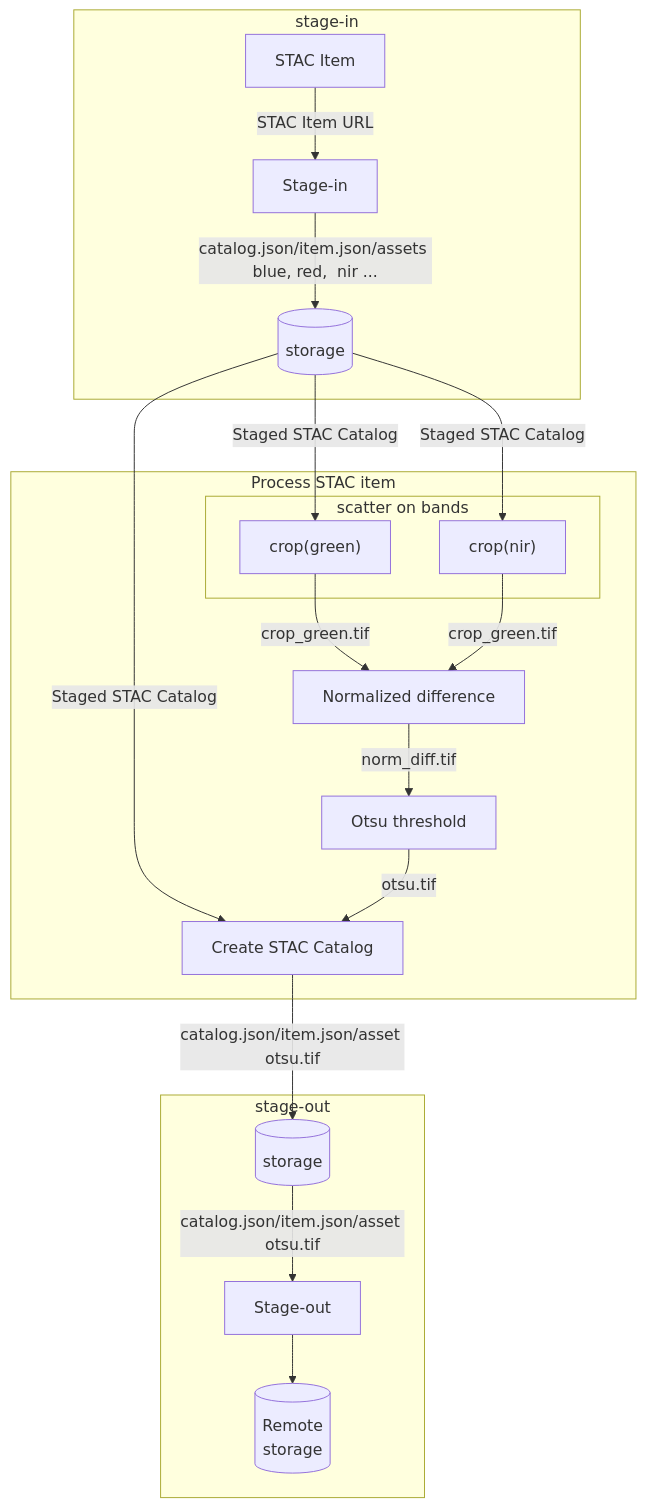
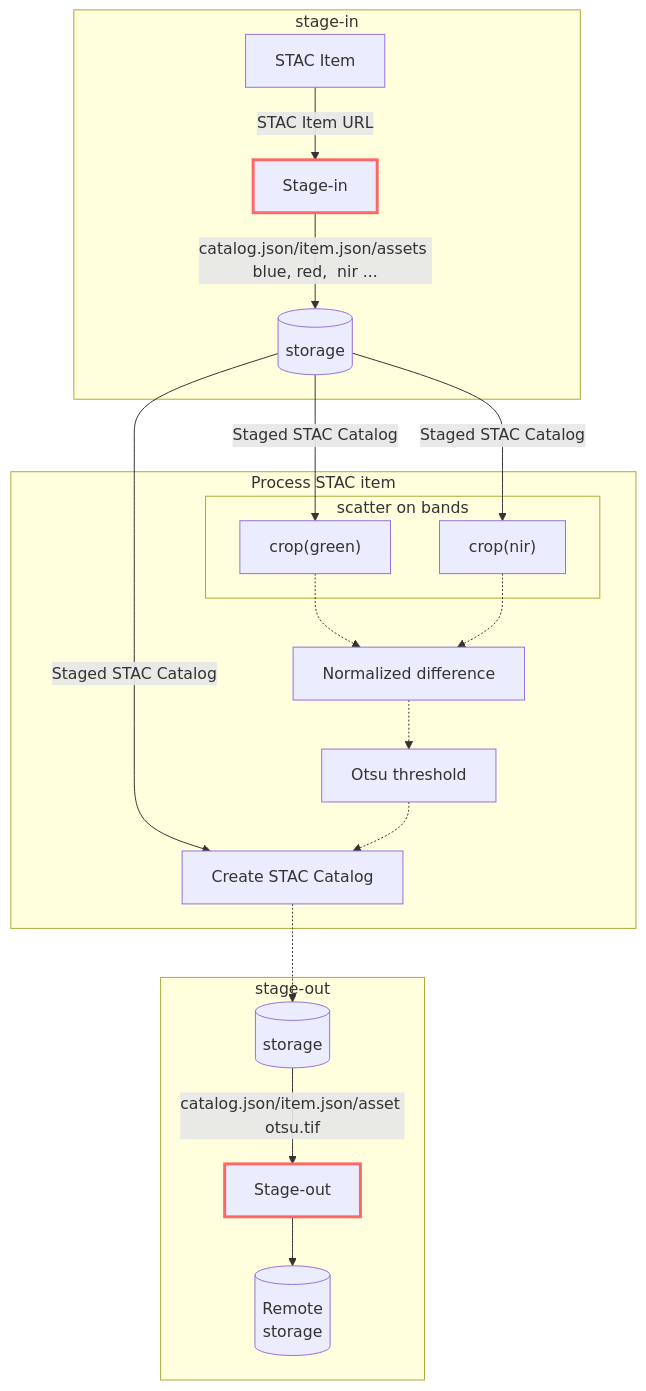
The diagram in docs/cwl-workflow/stage-in-out.md (Terradue/app-package-training-bids23), drawn with Mermaid before and after one commit.

````diff
--- a/docs/cwl-workflow/stage-in-out.md
+++ b/docs/cwl-workflow/stage-in-out.md
@@ -31,26 +31,30 @@
 ``` mermaid
 graph TB
+style AA stroke:#f66,stroke-width:3px
+style BB stroke:#f66,stroke-width:3px
 subgraph stage-in
-A[STAC Item] -- STAC Item URL --> AA[Stage-in]
-AA[Stage-in] -- catalog.json/item.json/assets blue, red,  nir ... --> AB[(local storage)]
+  A[STAC Item] -- STAC Item URL --> AA[Stage-in]
+  AA[Stage-in] -- catalog.json/item.json/assets blue, red,  nir ... --> AB[(local storage)]
 end
 subgraph Process STAC item
-AB[(storage)] -- Staged STAC Catalog --> B
-AB[(storage)] -- Staged STAC Catalog --> C
-AB[(storage)] -- Staged STAC Catalog --> F
+  AB[(storage)] -- Staged STAC Catalog --> B
+  AB[(storage)] -- Staged STAC Catalog --> C
+  AB[(storage)] -- Staged STAC Catalog --> F
 subgraph scatter on bands
-B["crop(green)"];
-C["crop(nir)"];
+  B["crop(green)"];
+  C["crop(nir)"];
 end
-B["crop(green)"] -- crop_green.tif --> D[Normalized difference];
-C["crop(nir)"] -- crop_green.tif --> D[Normalized difference];
-D -- norm_diff.tif --> E[Otsu threshold]
+  B["crop(green)"] -.-> D[Normalized difference];
+  C["crop(nir)"] -.-> D[Normalized difference];
+  D -.-> E[Otsu threshold]
 end
-E -- otsu.tif --> F[Create STAC Catalog]
-F -- "catalog.json/item.json/asset otsu.tif" --> G[(storage)]
+  E -.-> F[Create STAC Catalog]
+  F -.-> G[(storage)]
+
 subgraph stage-out
-G -- "catalog.json/item.json/asset otsu.tif" --> BB[Stage-out] 
-BB --> H[("Remote 
-storage")]
+
+  G -- "catalog.json/item.json/asset otsu.tif" --> BB[Stage-out] 
+  BB --> H[(Remote 
+  storage)]
 end
 ```
````
